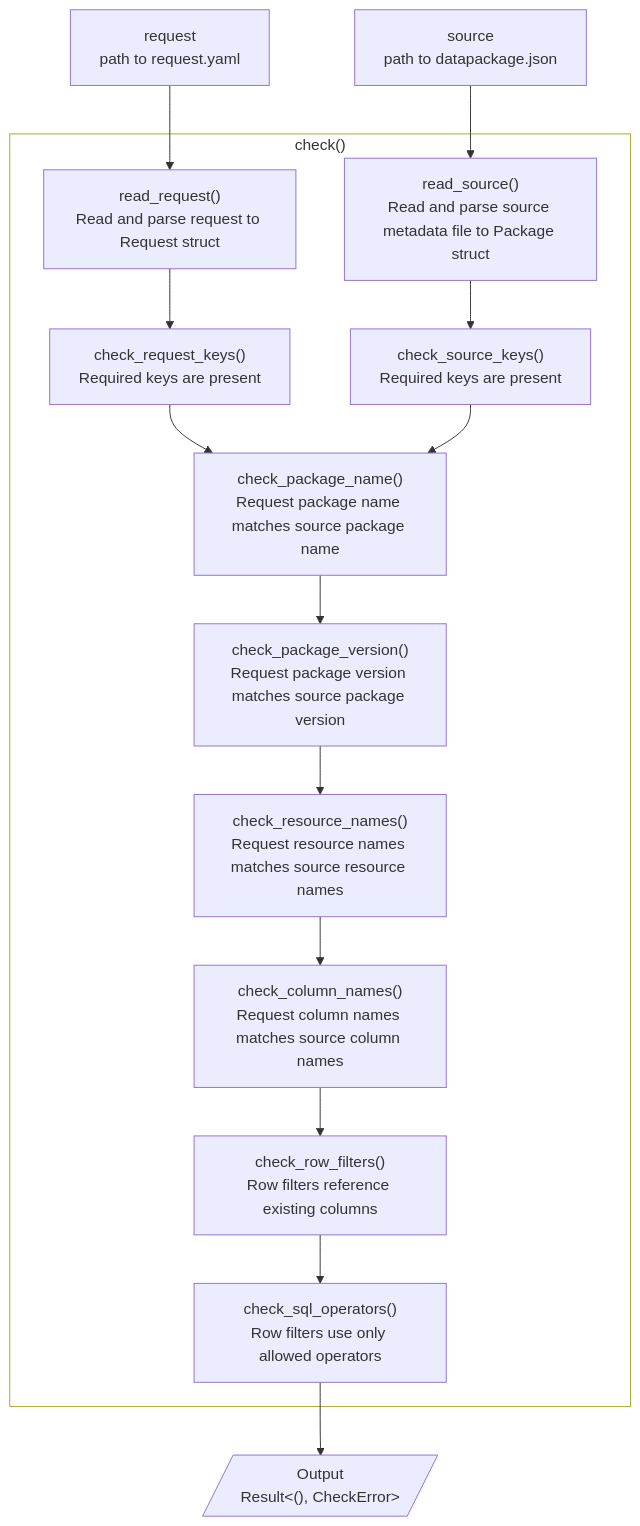
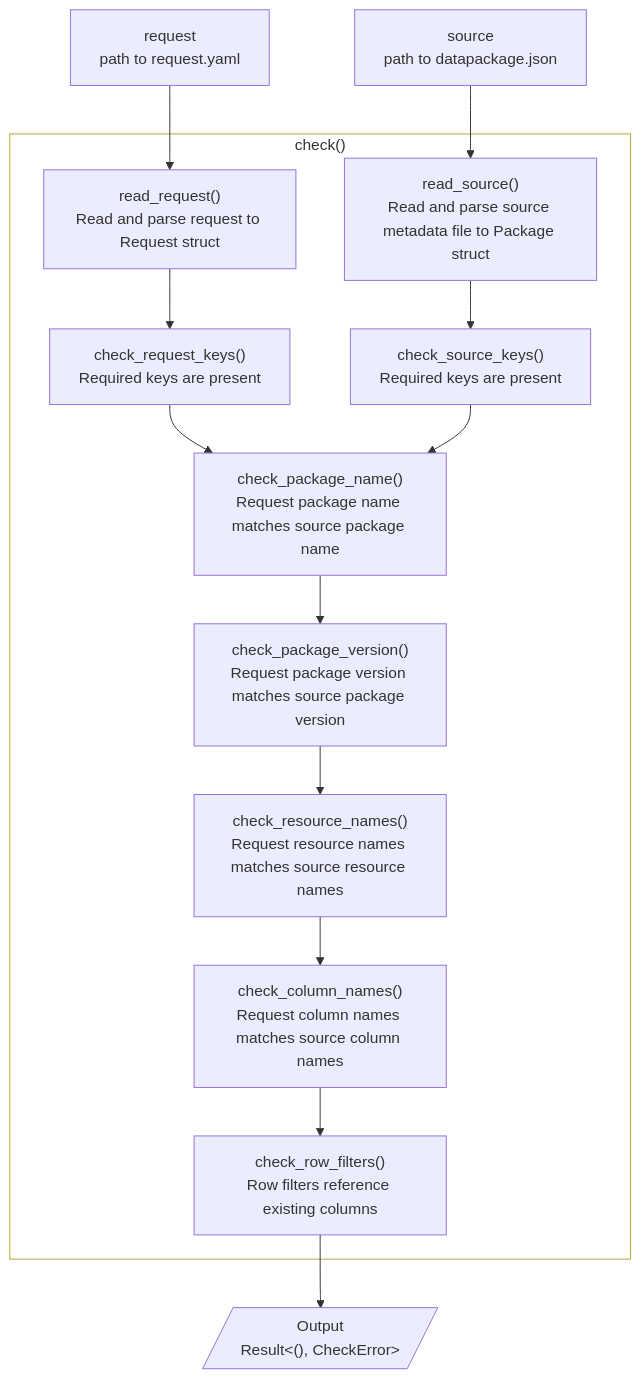
Before and after one commit to seedcase-project/seedcase-propagate: the diagram in docs/design/interface/rust.qmd, drawn with Mermaid.

Commit message:
docs: :pencil2: remove `check_sql_operators()`
This is done by using enums at the parsing stage.

````diff
--- a/docs/design/interface/rust.qmd
+++ b/docs/design/interface/rust.qmd
@@ -18,35 +18,34 @@
 ```{mermaid}
 %%| label: fig-check-flow
 %%| fig-cap: "The flow of input and output through the check function."
 %%| fig-alt: >-
 %%|   Diagram showing the flow of input and output through the `check` function.
 %%|   The user provides the request and source metadata file. The function
 %%|   completes a set of checks, before returning a result that's either the
 %%|   unit type or a CheckError.
 %%|   
 
 flowchart TD
     request["request<br>path to request.yaml"]
     source["source<br>path to datapackage.json"]
     output[/"Output<br>Result&lt;(), CheckError&gt;"/]
 
     subgraph check ["check()"]
       read_request["read_request()<br>Read and parse request to Request struct"]
       read_source["read_source()<br>Read and parse source metadata file to Package struct"]
       check_request_keys["check_request_keys()<br>Required keys are present"]
       check_source_keys["check_source_keys()<br>Required keys are present"]
       check_package_name["check_package_name()<br>Request package name matches source package name"]
       check_package_version["check_package_version()<br>Request package version matches source package version"]
       check_resource_names["check_resource_names()<br>Request resource names matches source resource names"]
       check_column_names["check_column_names()<br>Request column names matches source column names"]
       check_row_filters["check_row_filters()<br>Row filters reference existing columns"]
-      check_sql_operators["check_sql_operators()<br>Row filters use only allowed operators"]
     end
 
-    request --> read_request --> check_request_keys --> check_package_name --> check_package_version --> check_resource_names --> check_column_names --> check_row_filters --> check_sql_operators --> output
+    request --> read_request --> check_request_keys --> check_package_name --> check_package_version --> check_resource_names --> check_column_names --> check_row_filters --> output
     source --> read_source --> check_source_keys --> check_package_name
 
     check:::outer_function
 
   classDef outer_function fill:none
 ```
````
